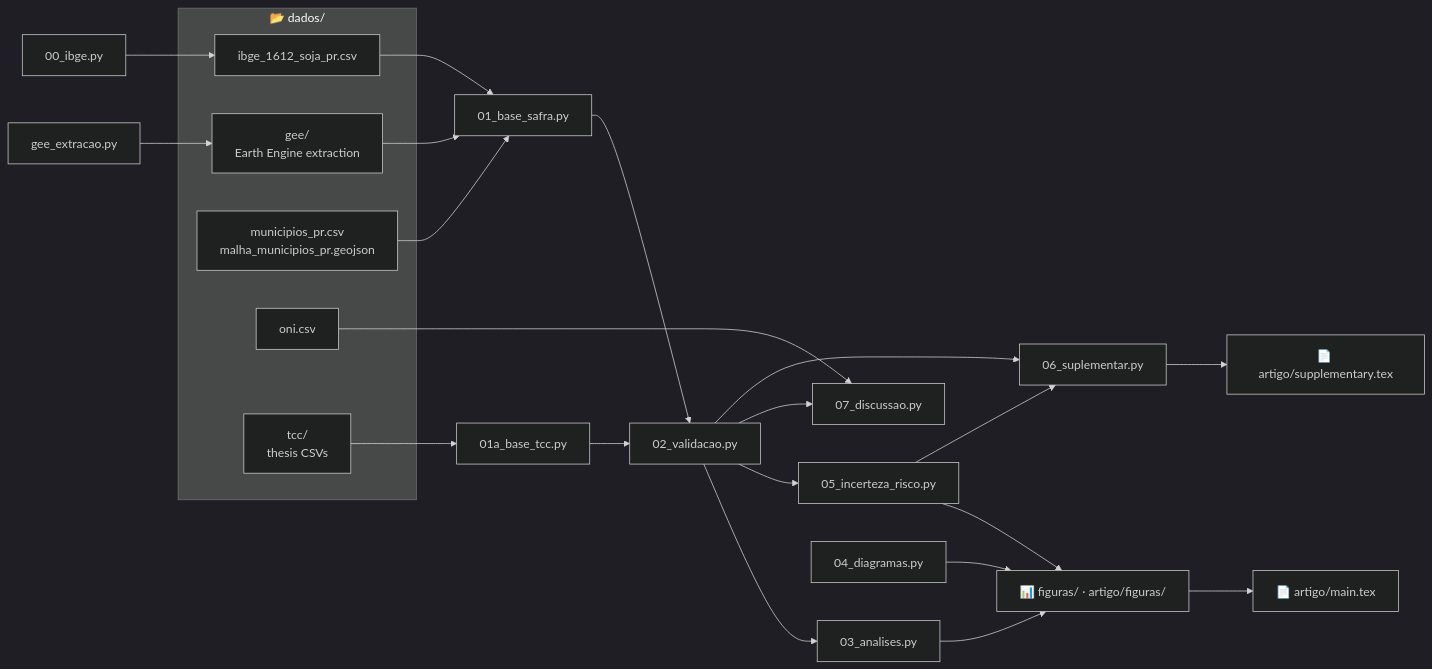
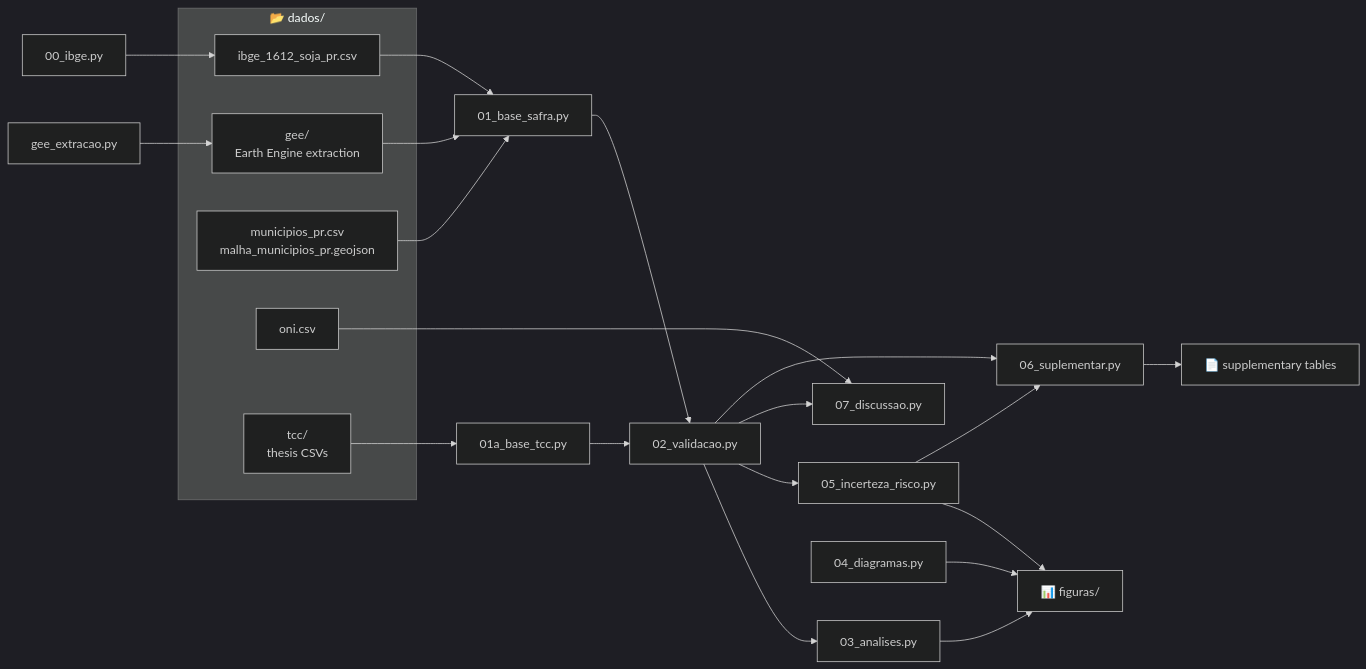
Before and after one commit to fcoliveira-utfpr/soybean_yield_forecasts: the second of 2 diagrams in README.md, drawn with Mermaid (dark theme). The commit also changed other lines of this file and 9 other files, not shown here.

````diff
--- a/README.md
+++ b/README.md
@@ -102,29 +100,28 @@
 ```mermaid
 flowchart LR
     subgraph DATA["📂 dados/"]
         G["gee/<br/>Earth Engine extraction"]
         I["ibge_1612_soja_pr.csv"]
         M["municipios_pr.csv<br/>malha_municipios_pr.geojson"]
         O["oni.csv"]
         T["tcc/<br/>thesis CSVs"]
     end
     S0["00_ibge.py"] --> I
     SG["gee_extracao.py"] --> G
     G --> S1["01_base_safra.py"]
     I --> S1
     M --> S1
     T --> S1a["01a_base_tcc.py"]
     S1 --> S2["02_validacao.py"]
     S1a --> S2
     S2 --> S3["03_analises.py"]
     S2 --> S5["05_incerteza_risco.py"]
     S2 --> S7["07_discussao.py"]
     O --> S7
     S4["04_diagramas.py"] --> FIG
-    S3 --> FIG["📊 figuras/ · artigo/figuras/"]
+    S3 --> FIG["📊 figuras/"]
     S5 --> FIG
     S2 --> S6["06_suplementar.py"]
     S5 --> S6
-    FIG --> P["📄 artigo/main.tex"]
-    S6 --> Q["📄 artigo/supplementary.tex"]
+    S6 --> Q["📄 supplementary tables"]
 ```
````
